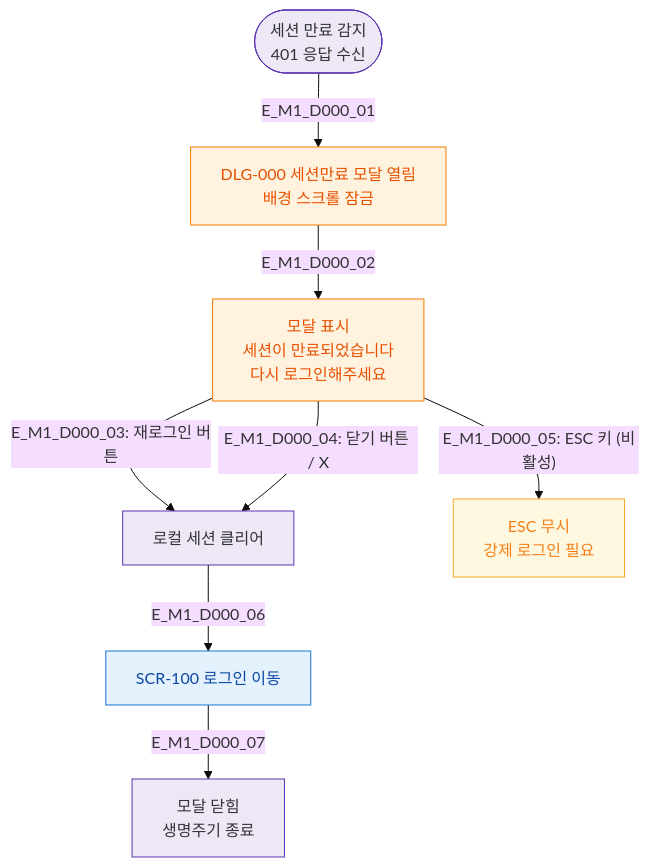
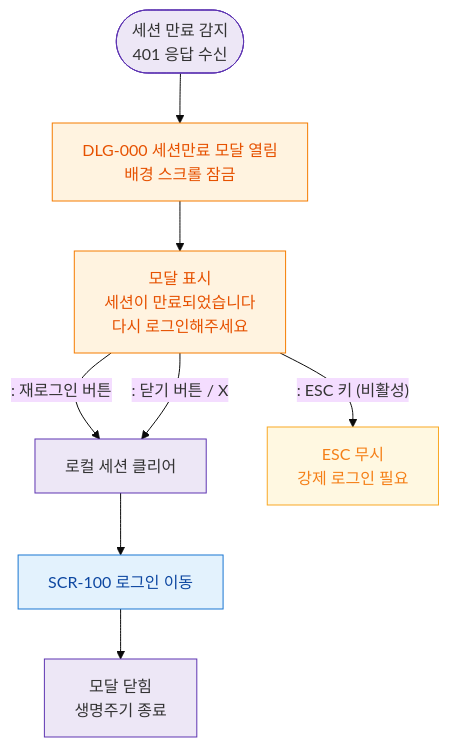
Before and after one commit to dev-spogym/admin-pando: the diagram in docs/다이어그램/D01_공통/DLG/DLG-000_세션만료/M1_생명주기.md, drawn with Mermaid (base theme). The commit also changed other lines of this file and 1660 other files, not shown here.

First line of the commit message:
다이어그램: 기획자/클라이언트 납품본으로 정리

````diff
--- a/docs/다이어그램/D01_공통/DLG/DLG-000_세션만료/M1_생명주기.md
+++ b/docs/다이어그램/D01_공통/DLG/DLG-000_세션만료/M1_생명주기.md
@@ -19,22 +17,22 @@
 ```mermaid
 flowchart TD
-    TRIGGER([세션 만료 감지\n401 응답 수신]) -->|E_M1_D000_01| OPEN[DLG-000 세션만료 모달 열림\n배경 스크롤 잠금]
+    TRIGGER([세션 만료 감지\n401 응답 수신]) --> OPEN[DLG-000 세션만료 모달 열림\n배경 스크롤 잠금]
 
-    OPEN -->|E_M1_D000_02| DISPLAY[모달 표시\n세션이 만료되었습니다\n다시 로그인해주세요]
+    OPEN --> DISPLAY[모달 표시\n세션이 만료되었습니다\n다시 로그인해주세요]
 
-    DISPLAY -->|"E_M1_D000_03: 재로그인 버튼"| LOGOUT_CLEAR[로컬 세션 클리어]
-    DISPLAY -->|"E_M1_D000_04: 닫기 버튼 / X"| LOGOUT_CLEAR
-    DISPLAY -->|"E_M1_D000_05: ESC 키 (비활성)"| BLOCKED[ESC 무시\n강제 로그인 필요]
+    DISPLAY -->|": 재로그인 버튼"|LOGOUT_CLEAR[로컬 세션 클리어]
+    DISPLAY -->|": 닫기 버튼 / X"|LOGOUT_CLEAR
+    DISPLAY -->|": ESC 키 (비활성)"|BLOCKED[ESC 무시\n강제 로그인 필요]
 
-    LOGOUT_CLEAR -->|E_M1_D000_06| SCR_100[SCR-100 로그인 이동]
-    SCR_100 -->|E_M1_D000_07| CLOSED[모달 닫힘\n생명주기 종료]
+    LOGOUT_CLEAR --> SCR_100[SCR-100 로그인 이동]
+    SCR_100 --> CLOSED[모달 닫힘\n생명주기 종료]
 
-    classDef screen  fill:#E3F2FD,stroke:#1976D2,color:#0D47A1
-    classDef modal   fill:#FFF3E0,stroke:#F57C00,color:#E65100
-    classDef system  fill:#EDE7F6,stroke:#5E35B2
+    classDef screen fill:#E3F2FD,stroke:#1976D2,color:#0D47A1
+    classDef modal fill:#FFF3E0,stroke:#F57C00,color:#E65100
+    classDef system fill:#EDE7F6,stroke:#5E35B2
     classDef warning fill:#FFF8E1,stroke:#F9A825,color:#F57F17
     class SCR_100 screen
     class OPEN,DISPLAY modal
     class TRIGGER,LOGOUT_CLEAR,CLOSED system
     class BLOCKED warning
 ```
````
